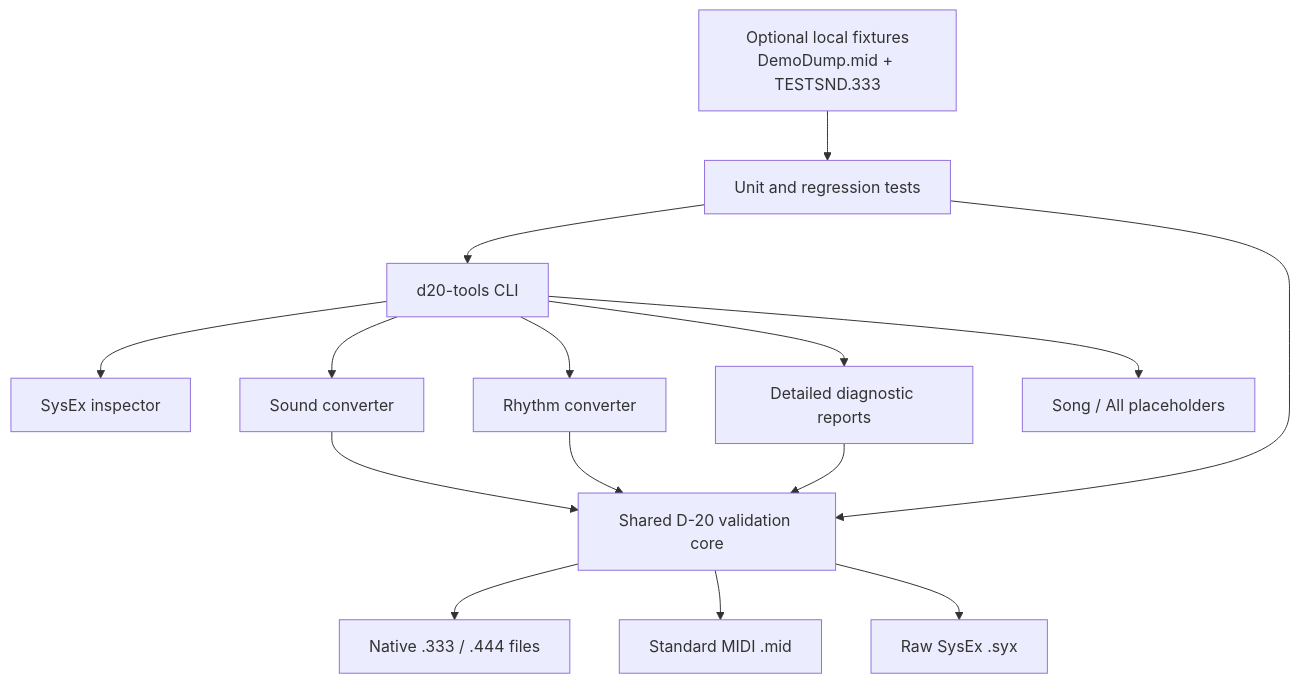
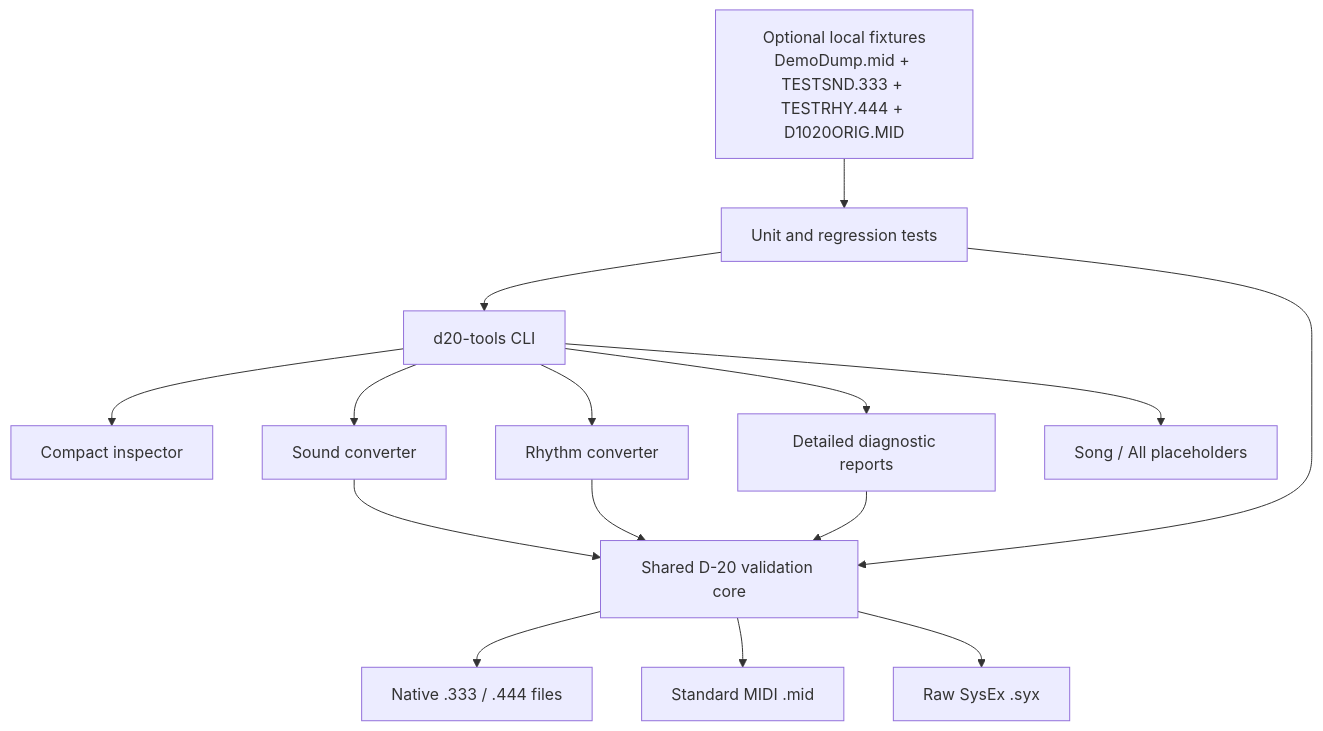
Before and after one commit to rjburrows/roland-d20-tools: the diagram in docs/architecture.md, drawn with Mermaid. The commit also changed other lines of this file and 12 other files, not shown here.

````diff
--- a/docs/architecture.md
+++ b/docs/architecture.md
@@ -3,17 +3,17 @@
 ```mermaid
 flowchart TD
-    CLI[d20-tools CLI] --> I[SysEx inspector]
+    CLI[d20-tools CLI] --> I[Compact inspector]
     CLI --> D[Detailed diagnostic reports]
     CLI --> S[Sound converter]
     CLI --> R[Rhythm converter]
     CLI --> W[Song / All placeholders]
     S --> Core[Shared D-20 validation core]
     R --> Core
     D --> Core
     Core --> Native[Native .333 / .444 files]
     Core --> Midi[Standard MIDI .mid]
     Core --> Syx[Raw SysEx .syx]
     Tests[Unit and regression tests] --> CLI
     Tests --> Core
-    Local[Optional local fixtures\nDemoDump.mid + TESTSND.333] --> Tests
+    Local[Optional local fixtures\nDemoDump.mid + TESTSND.333 + TESTRHY.444 + D1020ORIG.MID] --> Tests
 ```
````
